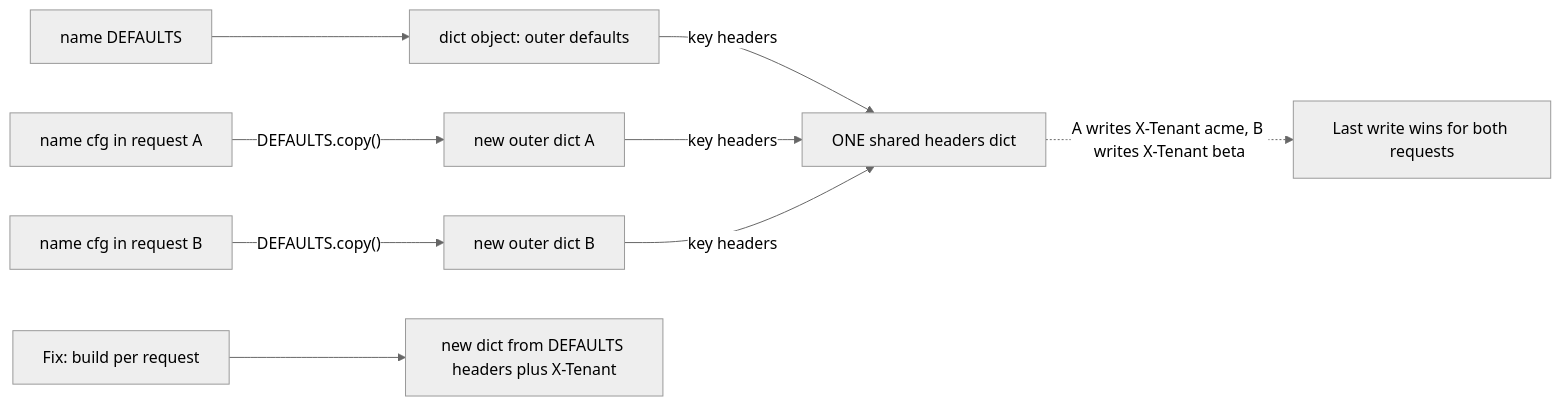
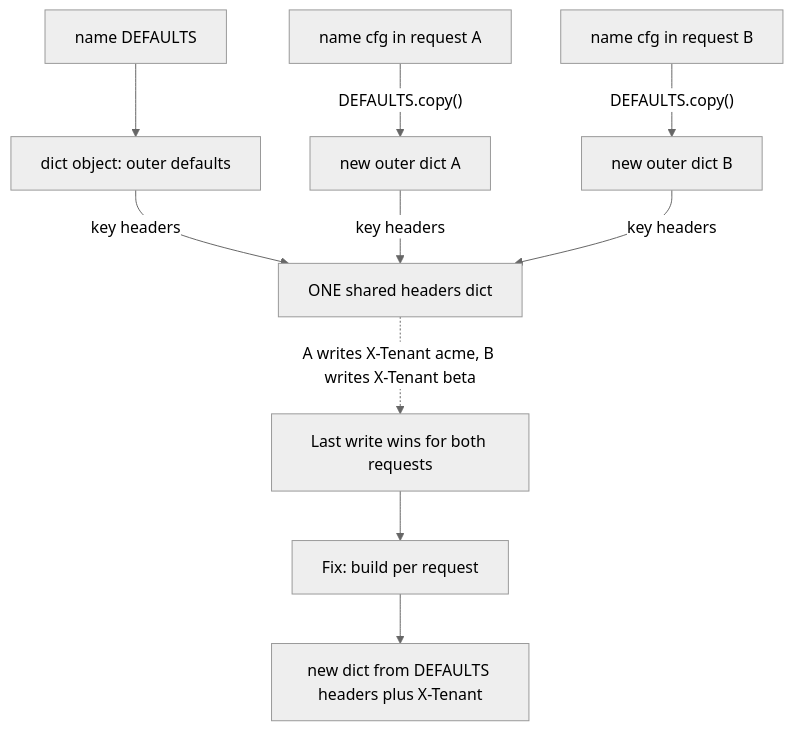
Before and after one commit to lovishmahajan97/agentic-learning: the diagram in content/python-for-ai/object-model-and-mutability.md, drawn with Mermaid (neutral theme). The commit also changed other lines of this file and 213 other files, not shown here.

````diff
--- a/content/python-for-ai/object-model-and-mutability.md
+++ b/content/python-for-ai/object-model-and-mutability.md
@@ -129,11 +130,12 @@
 ```mermaid
-flowchart LR
+flowchart TD
     D["name DEFAULTS"] --> OD["dict object: outer defaults"]
     A["name cfg in request A"] -->|"DEFAULTS.copy()"| CA["new outer dict A"]
     B["name cfg in request B"] -->|"DEFAULTS.copy()"| CB["new outer dict B"]
     OD -->|"key headers"| H["ONE shared headers dict"]
     CA -->|"key headers"| H
     CB -->|"key headers"| H
     H -.->|"A writes X-Tenant acme, B writes X-Tenant beta"| L["Last write wins for both requests"]
-    F["Fix: build per request"] --> N["new dict from DEFAULTS headers plus X-Tenant"]
+    L --> F["Fix: build per request"]
+    F --> N["new dict from DEFAULTS headers plus X-Tenant"]
 ```
````
